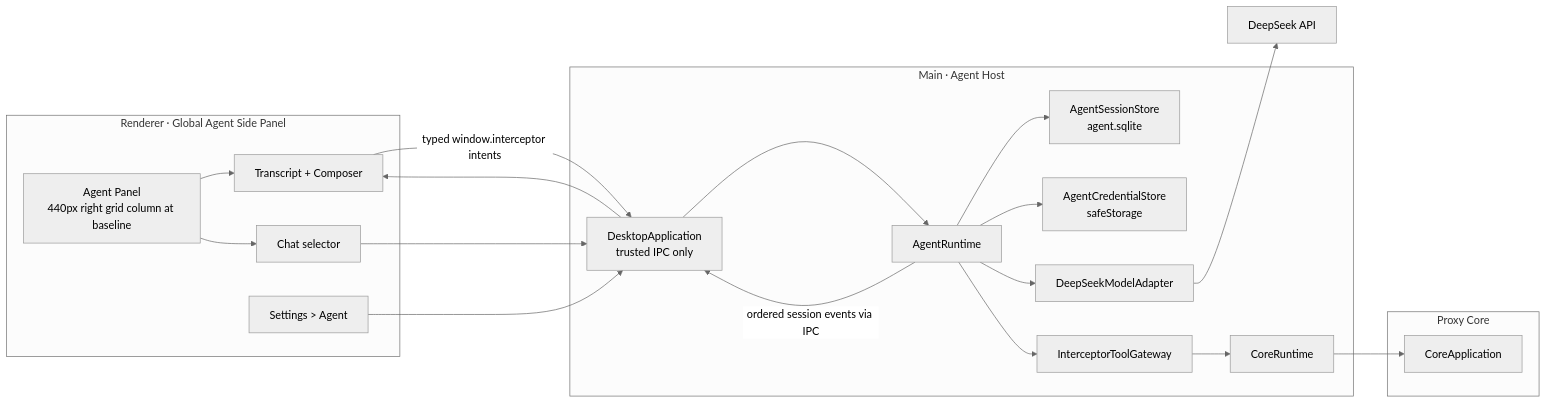
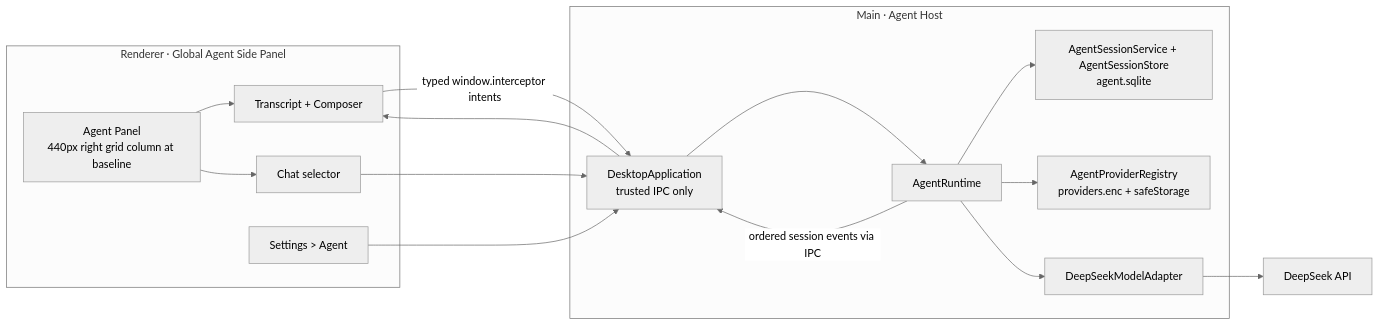
The third of 5 diagrams in architecture/features/agent.md (zhxmt-xm/Interceptor), drawn with Mermaid (neutral theme) before and after one commit. The commit also changed other lines of this file and 14 other files, not shown here.

Commit message:
docs(agent): define shared tool capability roadmap

````diff
--- a/architecture/features/agent.md
+++ b/architecture/features/agent.md
@@ -270,37 +274,30 @@
 ```mermaid
 flowchart LR
     subgraph R["Renderer · Global Agent Side Panel"]
       PANEL["Agent Panel\n440px right grid column at baseline"]
       CHAT["Transcript + Composer"]
       SESSIONS["Chat selector"]
       SETTINGS["Settings > Agent"]
     end
 
     subgraph M["Main · Agent Host"]
       IPC["DesktopApplication\ntrusted IPC only"]
-        RUNTIME["AgentRuntime"]
-        MODEL["DeepSeekModelAdapter"]
-        STORE["AgentSessionStore\nagent.sqlite"]
-        CREDENTIALS["AgentCredentialStore\nsafeStorage"]
-        TOOLS["InterceptorToolGateway"]
-        CORE_RUNTIME["CoreRuntime"]
-    end
-
-    subgraph C["Proxy Core"]
-        CORE["CoreApplication"]
+      RUNTIME["AgentRuntime"]
+      MODEL["DeepSeekModelAdapter"]
+      STORE["AgentSessionService + AgentSessionStore\nagent.sqlite"]
+      PROVIDERS["AgentProviderRegistry\nproviders.enc + safeStorage"]
     end
 
     API["DeepSeek API"]
 
     PANEL --> CHAT
     PANEL --> SESSIONS
     CHAT -->|"typed window.interceptor intents"| IPC
     SESSIONS --> IPC
     SETTINGS --> IPC
     IPC --> RUNTIME
     RUNTIME --> STORE
-    RUNTIME --> CREDENTIALS
+    RUNTIME --> PROVIDERS
     RUNTIME --> MODEL --> API
-    RUNTIME --> TOOLS --> CORE_RUNTIME --> CORE
     RUNTIME -->|"ordered session events via IPC"| IPC --> CHAT
 ```
````
